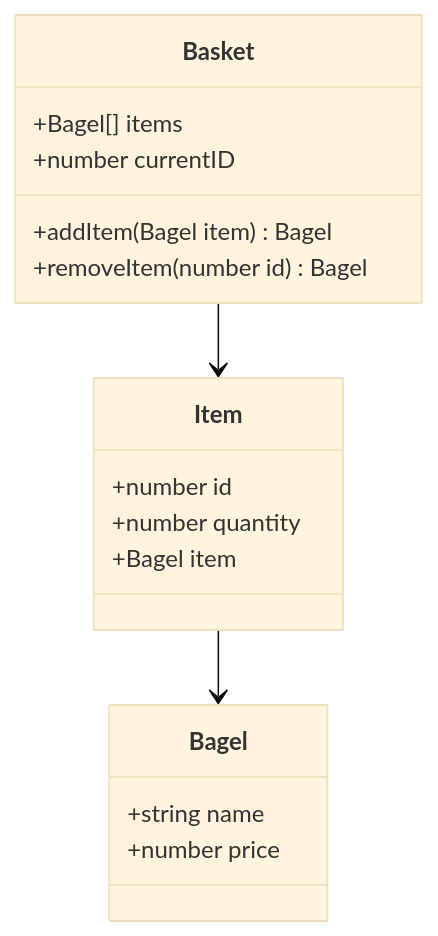
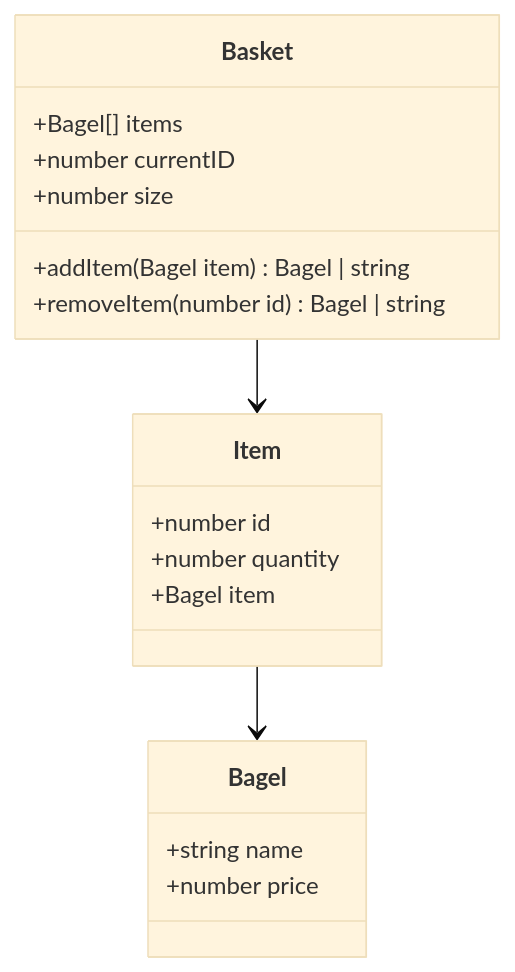
The diagram in domain-model.mmd (boolean-uk/tdd-bobs-bagels-exemplar), drawn with Mermaid (base theme) before and after one commit. The commit also changed 3 other files, not shown here.

```diff
--- a/domain-model.mmd
+++ b/domain-model.mmd
@@ -1,15 +1,16 @@
 classDiagram
     Basket --> Item
     Item --> Bagel
     class Bagel
     Bagel : +string name
     Bagel : +number price
     class Item
     Item : +number id
     Item : +number quantity
     Item : +Bagel item
     class Basket
     Basket : +Bagel[] items
     Basket : +number currentID
-    Basket : +addItem(Bagel item) Bagel
-    Basket : +removeItem(number id) Bagel
+    Basket : +number size
+    Basket : +addItem(Bagel item) Bagel | string
+    Basket : +removeItem(number id) Bagel | string
```
